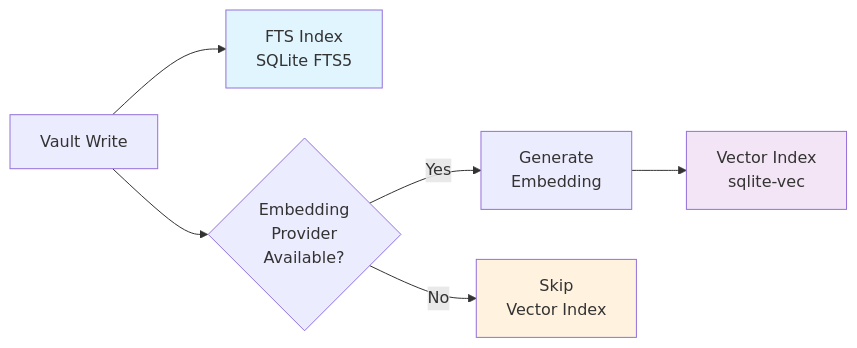
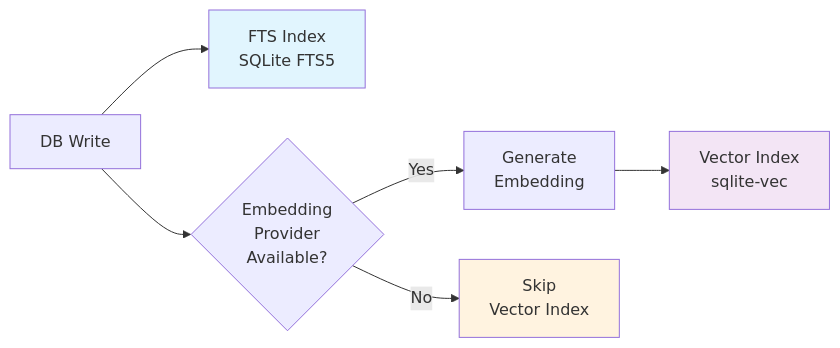
One commit to goondocks-co/myco changed the fourth of 8 diagrams in docs/lifecycle.md. Above: the diagram before and after it, drawn with Mermaid. The commit also changed other lines of this file and 17 other files, not shown here.

````diff
--- a/docs/lifecycle.md
+++ b/docs/lifecycle.md
@@ -196,12 +202,12 @@
 ```mermaid
 flowchart LR
-    Write[Vault Write] --> FTS[FTS Index<br/>SQLite FTS5]
+    Write[DB Write] --> FTS[FTS Index<br/>SQLite FTS5]
     Write --> Embed{Embedding<br/>Provider<br/>Available?}
     Embed -->|Yes| Gen[Generate<br/>Embedding]
     Embed -->|No| Skip[Skip<br/>Vector Index]
     Gen --> Vec[Vector Index<br/>sqlite-vec]
 
     style FTS fill:#e1f5fe
     style Vec fill:#f3e5f5
     style Skip fill:#fff3e0
 ```
````
